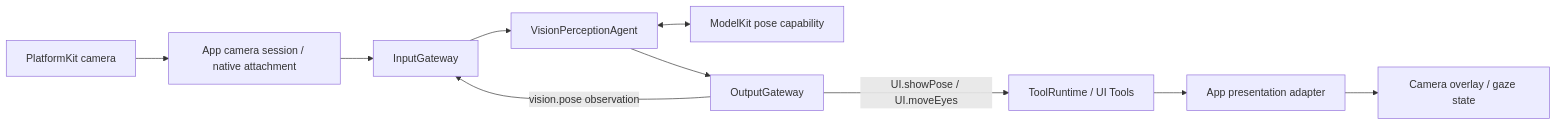
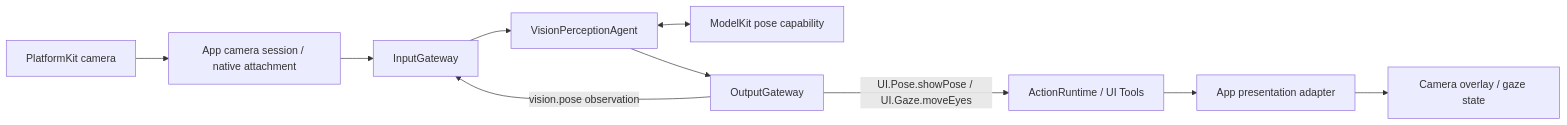
Before and after one commit to devilyouwei/MobileHarness: diagram 11 of 15 in MobileHarness/README.md, drawn with Mermaid. The commit also changed other lines of this file and 238 other files, not shown here.

````diff
--- a/MobileHarness/README.md
+++ b/MobileHarness/README.md
@@ -588,12 +576,12 @@
 ```mermaid
 flowchart LR
     Camera[PlatformKit camera] --> Host[App camera session / native attachment]
     Host --> Input[InputGateway]
     Input --> Vision[VisionPerceptionAgent]
     Vision <--> Pose[ModelKit pose capability]
     Vision --> Output[OutputGateway]
     Output -->|vision.pose observation| Input
-    Output -->|UI.showPose / UI.moveEyes| Tools[ToolRuntime / UI Tools]
+    Output -->|UI.Pose.showPose / UI.Gaze.moveEyes| Tools[ActionRuntime / UI Tools]
     Tools --> Adapter[App presentation adapter]
     Adapter --> UI[Camera overlay / gaze state]
 ```
````
